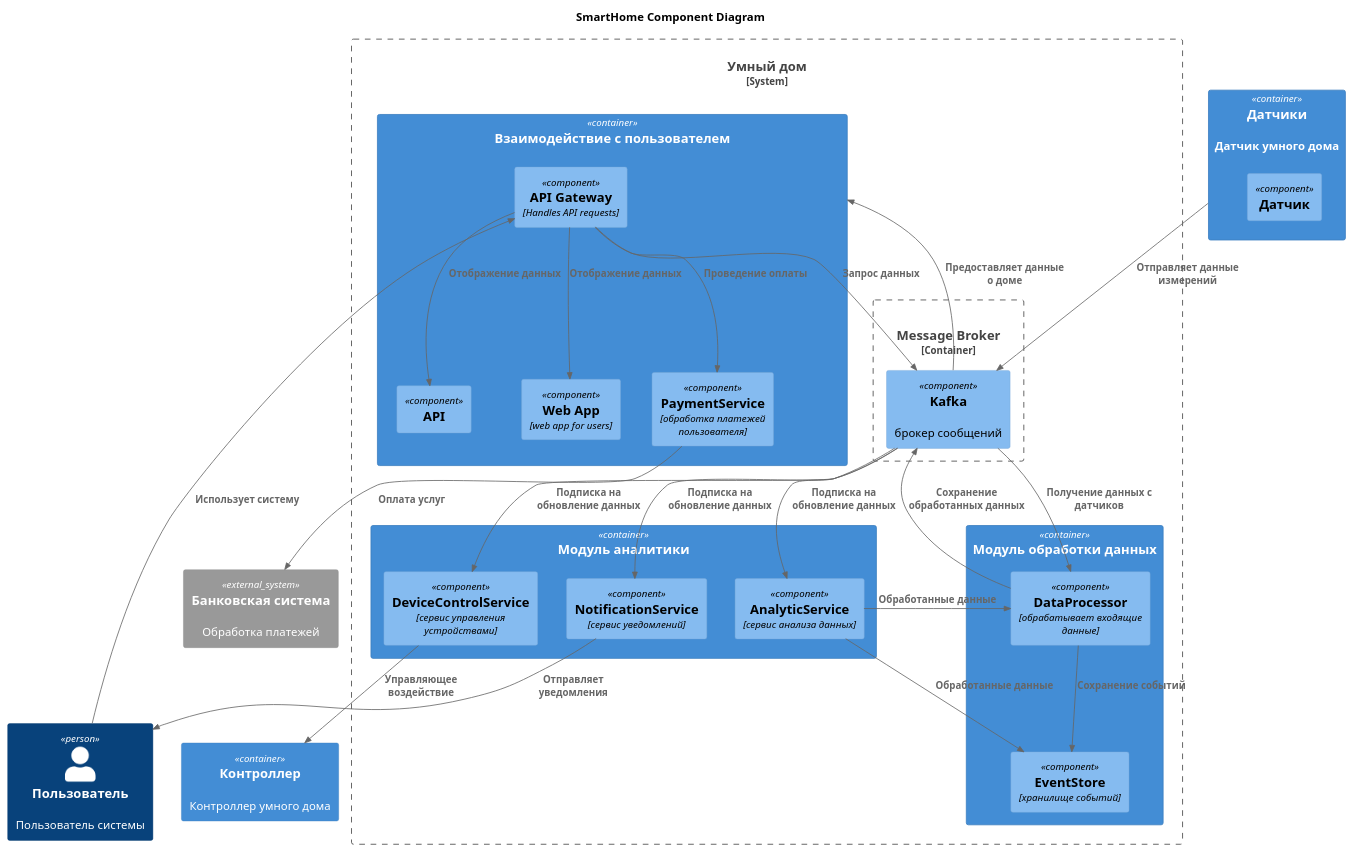
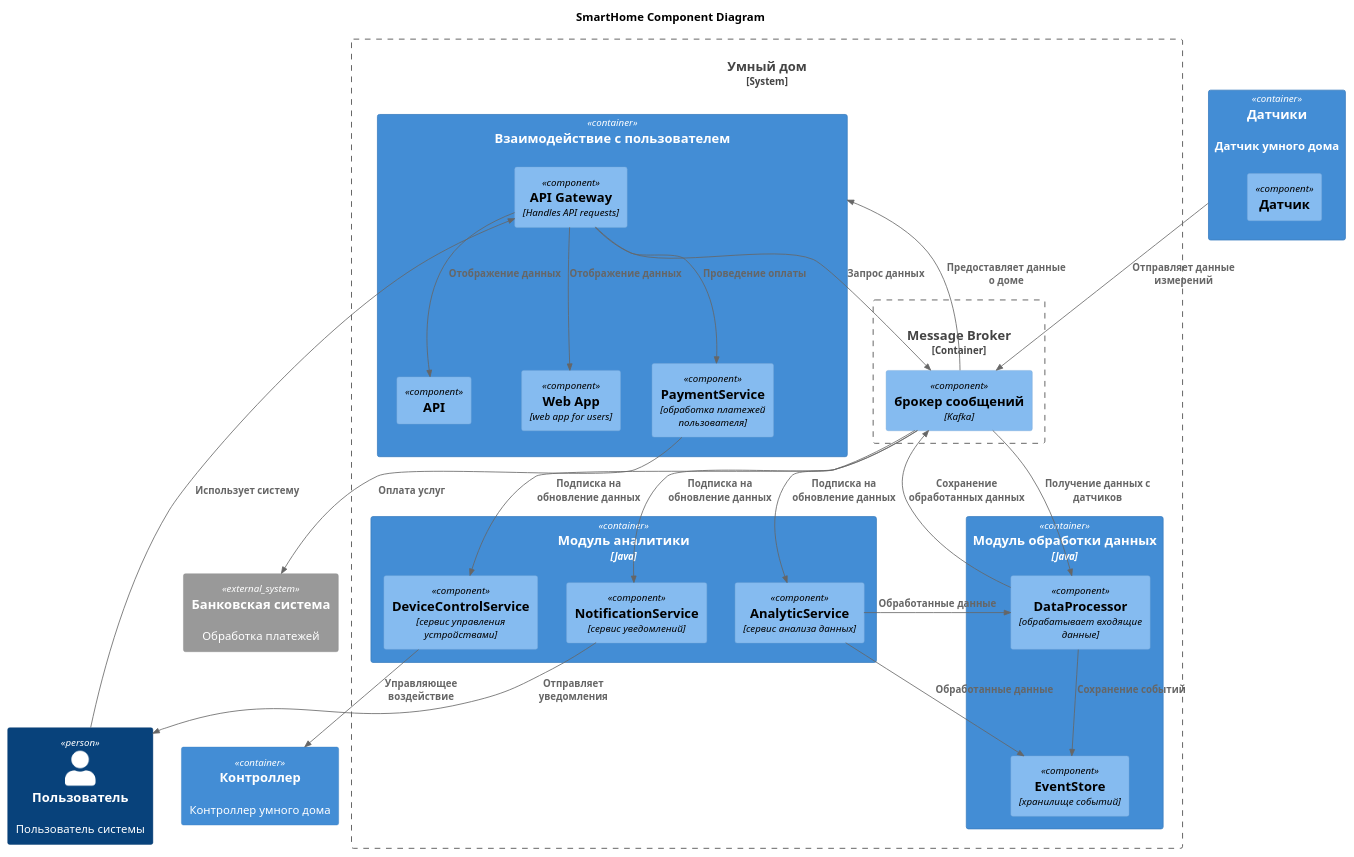
Before and after one commit to DmitrySavvin/sprint_3: the diagram in smarthome/Component.puml, drawn with PlantUML.

```diff
--- a/smarthome/Component.puml
+++ b/smarthome/Component.puml
@@ -1,70 +1,70 @@
 @startuml
 title SmartHome Component Diagram
 
 top to bottom direction
 
 !include  https://raw.githubusercontent.com/plantuml-stdlib/C4-PlantUML/master/C4_Component.puml
 
 
 'СУЩНОСТИ
 Person(user, "Пользователь", "Пользователь системы")
 Container(device, "Датчики", "", "Датчик умного дома") {
     Component(device_impl, "Датчик", "", "")
 }
 System_Boundary(SmartHomeSystemContainer, "Умный дом") {
     Container(user_interaction, "Взаимодействие с пользователем", "", "") {
         Component(api_gateway, "API Gateway", "Handles API requests", "")       
         Component(api, "API", "", "")
         Component(web_app, "Web App", "web app for users", "")
         Component(payment_processor, "PaymentService", "обработка платежей пользователя", "")
     } 
     Container_Boundary("message_broker", "Message Broker", "брокер сообщений",  ""){
-        Component(kafka, "Kafka", "", "брокер сообщений")
+        Component(kafka, "брокер сообщений", "Kafka", "")
     }
-    Container(data_processing, "Модуль обработки данных") {
+    Container(data_processing, "Модуль обработки данных", "Java") {
         Component(data_processor, "DataProcessor", "обрабатывает входящие данные", "")
         Component(event_store, "EventStore", "хранилище событий", "")
        
     }
-    Container(analysis, "Модуль аналитики", "", "") {
+    Container(analysis, "Модуль аналитики", "Java", "") {
         Component(analytic_service, "AnalyticService", "сервис анализа данных", "")
         Component(notification_service, "NotificationService", "сервис уведомлений", "")
         Component(control_service, "DeviceControlService", "сервис управления устройствами", "")
     }
 }
 
 System_Ext(bank, "Банковская система", "Обработка платежей")
 Container(controller, "Контроллер", "", "Контроллер умного дома")
 
 'СВЯЗИ
 'пользователь
 Rel(user, api_gateway, "Использует систему")
 
 'пользовательское взаимодействие
 Rel(api_gateway, kafka, "Запрос данных")
 Rel(api_gateway, web_app, "Отображение данных")
 Rel(api_gateway, api, "Отображение данных")
 Rel(api_gateway, payment_processor, "Проведение оплаты")
 Rel(payment_processor, bank, "Оплата услуг")
 
 'kafka
 Rel(kafka, user_interaction, "Предоставляет данные о доме")
 Rel(kafka, data_processor, "Получение данных с датчиков ")
 Rel(kafka, analytic_service, "Подписка на обновление данных")
 Rel(kafka, notification_service, "Подписка на обновление данных")
 Rel(kafka, control_service, "Подписка на обновление данных")
 
 'датчик
 Rel(device, kafka, "Отправляет данные измерений")
 
 'обработка данных
 Rel(data_processor, kafka, "Сохранение обработанных данных")
 Rel(data_processor, event_store, "Сохранение событий")
 
 'анализ данных
 Rel(analytic_service, data_processor, "Обработанные данные")
 Rel(analytic_service, event_store, "Обработанные данные")
 Rel(notification_service, user, "Отправляет уведомления")
 Rel(control_service, controller, "Управляющее воздействие")
 
 @enduml
```
